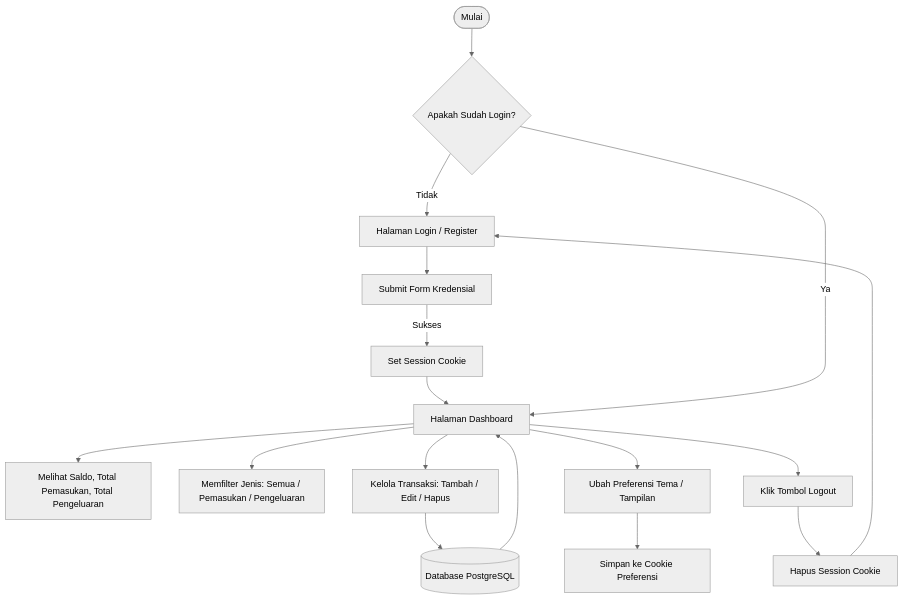
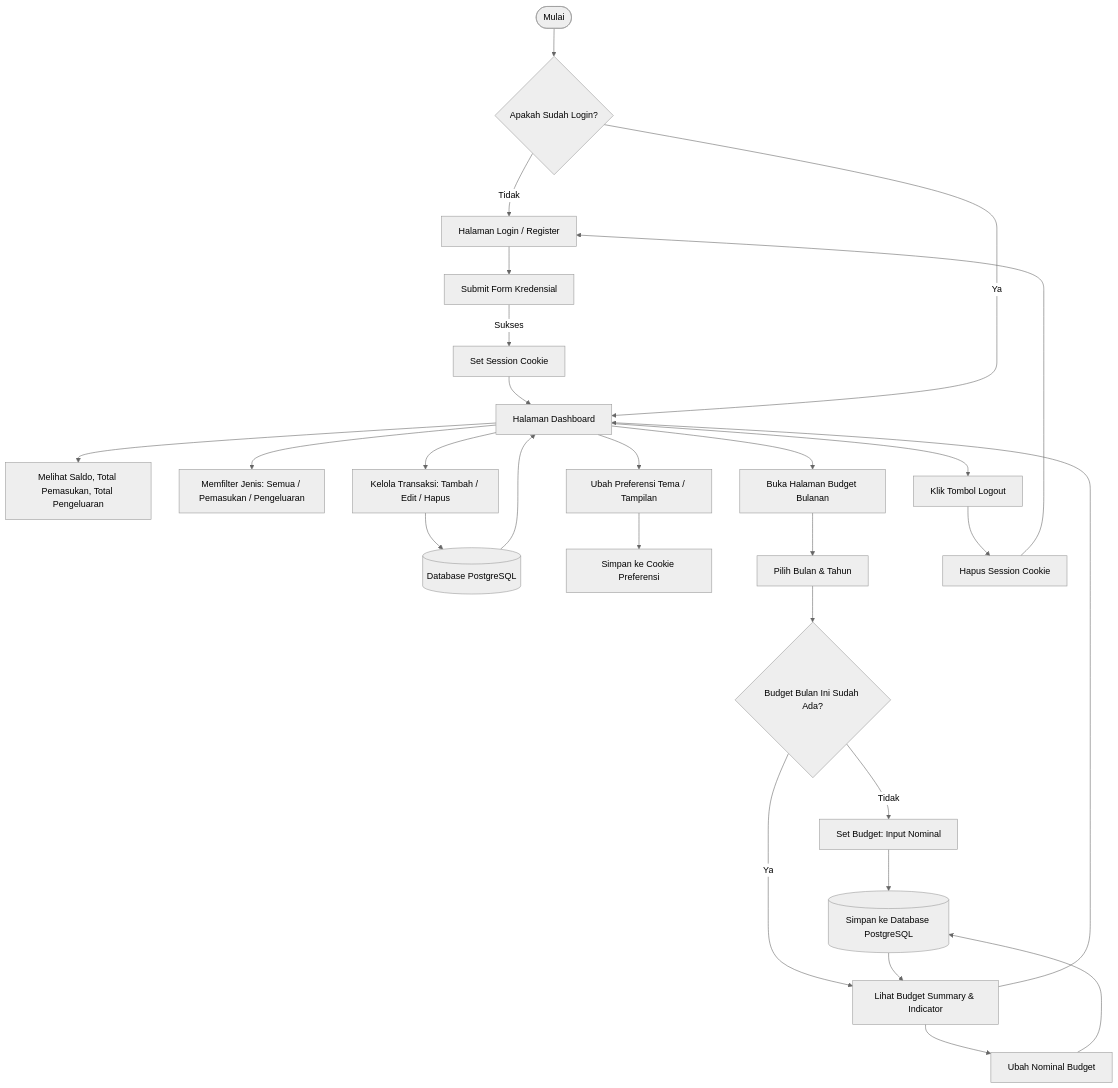
The second of 2 diagrams in README.md (pojann26/Praktikum_Next), drawn with Mermaid (neutral theme) before and after one commit. The commit also changed other lines of this file, not shown here.

````diff
--- a/README.md
+++ b/README.md
@@ -138,22 +190,33 @@
 ```mermaid
 flowchart TD
     Start([Mulai]) --> CheckAuth{Apakah Sudah Login?}
     CheckAuth -- Tidak --> AuthPage[Halaman Login / Register]
     AuthPage --> SubmitAuth[Submit Form Kredensial]
     SubmitAuth -- Sukses --> SetCookie[Set Session Cookie]
     SetCookie --> Dashboard[Halaman Dashboard]
     CheckAuth -- Ya --> Dashboard
 
     Dashboard --> ViewSummary[Melihat Saldo, Total Pemasukan, Total Pengeluaran]
     Dashboard --> FilterData[Memfilter Jenis: Semua / Pemasukan / Pengeluaran]
     Dashboard --> CRUD[Kelola Transaksi: Tambah / Edit / Hapus]
     CRUD --> UpdateDB[(Database PostgreSQL)]
     UpdateDB --> Dashboard
     
     Dashboard --> ChangePref[Ubah Preferensi Tema / Tampilan]
     ChangePref --> SavePrefCookie[Simpan ke Cookie Preferensi]
 
+    Dashboard --> BudgetPage[Buka Halaman Budget Bulanan]
+    BudgetPage --> PickMonth[Pilih Bulan & Tahun]
+    PickMonth --> HasBudget{Budget Bulan Ini Sudah Ada?}
+    HasBudget -- Tidak --> SetBudget[Set Budget: Input Nominal]
+    HasBudget -- Ya --> ViewBudget[Lihat Budget Summary & Indicator]
+    ViewBudget --> EditBudget[Ubah Nominal Budget]
+    SetBudget --> SaveBudget[(Simpan ke Database PostgreSQL)]
+    EditBudget --> SaveBudget
+    SaveBudget --> ViewBudget
+    ViewBudget --> Dashboard
+
     Dashboard --> Logout[Klik Tombol Logout]
     Logout --> ClearCookie[Hapus Session Cookie]
     ClearCookie --> AuthPage
 ```
````
